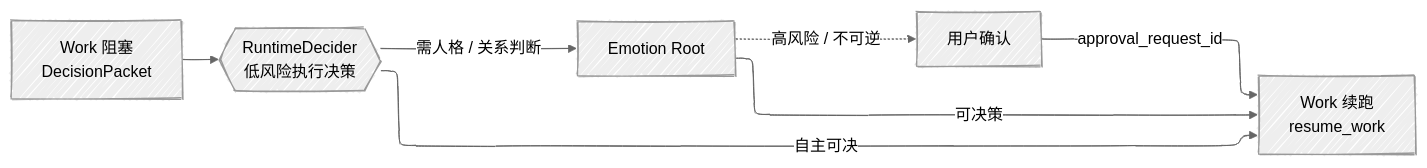
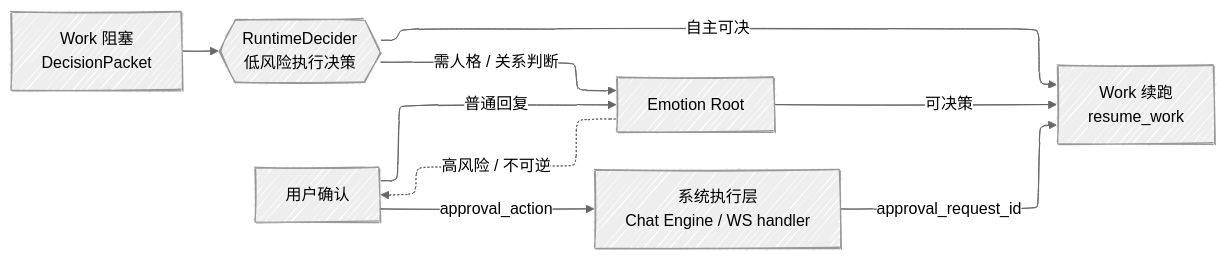
Before and after one commit to LongYiSang/EmoAgent: the second of 2 diagrams in README.md, drawn with Mermaid. The commit also changed other lines of this file and 8 other files, not shown here.

````diff
--- a/README.md
+++ b/README.md
@@ -90,15 +90,17 @@
 ```mermaid
 ---
 config:
   look: handDrawn
   layout: elk
   theme: neutral
 ---
 flowchart LR
   W["Work 阻塞<br/>DecisionPacket"] --> RD{{"RuntimeDecider<br/>低风险执行决策"}}
   RD -->|自主可决| RS["Work 续跑<br/>resume_work"]
   RD -->|需人格 / 关系判断| Emo["Emotion Root"]
   Emo -->|可决策| RS
   Emo -.->|高风险 / 不可逆| U["用户确认"]
-  U -->|approval_request_id| RS
+  U -->|普通回复| Emo
+  U -->|approval_action| Sys["系统执行层<br/>Chat Engine / WS handler"]
+  Sys -->|approval_request_id| RS
 ```
````
